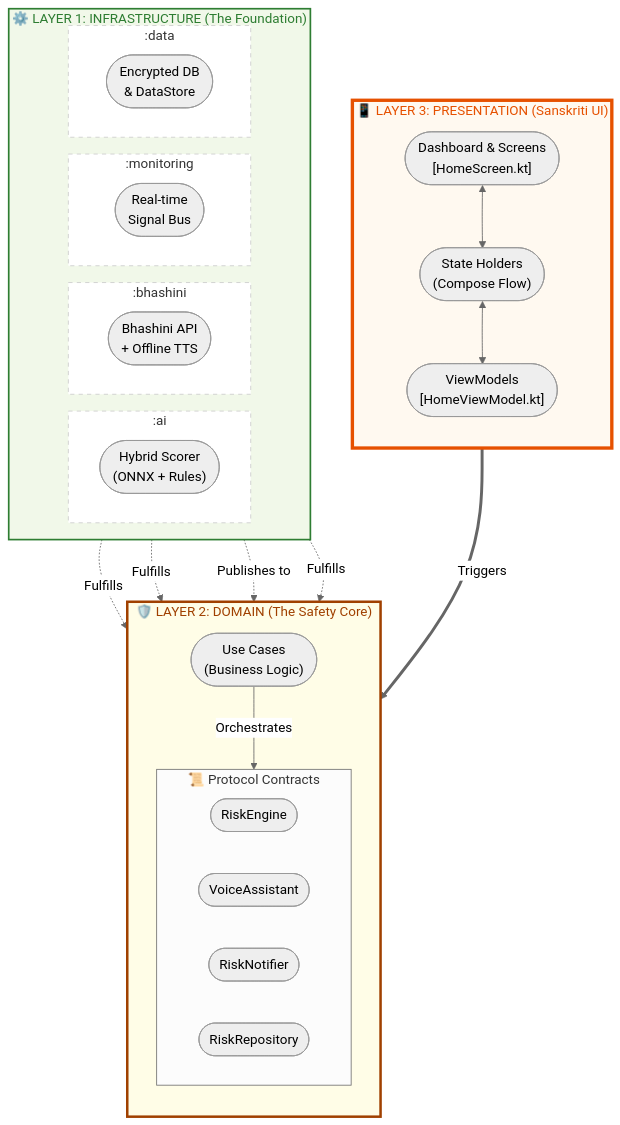
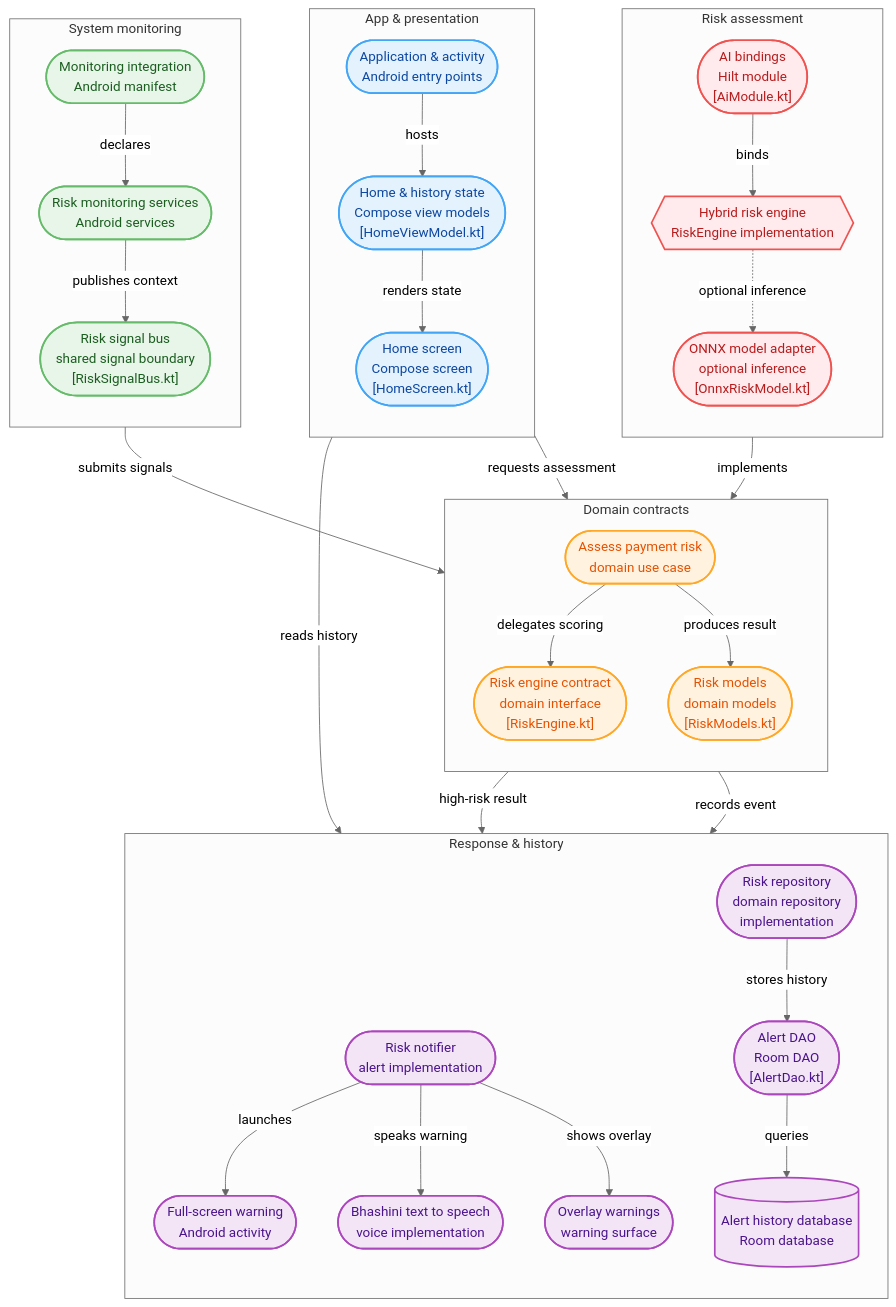
Before and after one commit to kgp134134-sys/GramKavach-CyberShield: the diagram in README.md, drawn with Mermaid (neutral theme). The commit also changed other lines of this file and 1 other file, not shown here.

Commit message:
Docs: Restore High-Fidelity Visual Architecture Diagram (pehlwe wala) while keeping creative ASCII elements.

````diff
--- a/README.md
+++ b/README.md
@@ -110,64 +110,82 @@
 ```mermaid
 flowchart TD
-    %% 3D STACK LAYERS
-    subgraph L3 ["📱 LAYER 3: PRESENTATION (Sanskriti UI)"]
+    subgraph RiskAssessment ["Risk assessment"]
         direction TB
-        UI(["Dashboard & Screens<br/>[HomeScreen.kt]"])
-        VM(["ViewModels<br/>[HomeViewModel.kt]"])
-        SC(["State Holders<br/>(Compose Flow)"])
+        AIB(["AI bindings<br/>Hilt module<br/>[AiModule.kt]"])
+        HRE{{"Hybrid risk engine<br/>RiskEngine implementation"}}
+        OMA(["ONNX model adapter<br/>optional inference<br/>[OnnxRiskModel.kt]"])
         
-        UI <--> SC
-        SC <--> VM
+        AIB -- binds --> HRE
+        HRE -. optional inference .-> OMA
     end
 
-    subgraph L2 ["🛡️ LAYER 2: DOMAIN (The Safety Core)"]
+    subgraph SystemMonitoring ["System monitoring"]
         direction TB
-        UC(["Use Cases<br/>(Business Logic)"])
+        MI(["Monitoring integration<br/>Android manifest"])
+        RMS(["Risk monitoring services<br/>Android services"])
+        RSB(["Risk signal bus<br/>shared signal boundary<br/>[RiskSignalBus.kt]"])
         
-        subgraph Contracts ["📜 Protocol Contracts"]
-            direction LR
-            RE(["RiskEngine"])
-            VA(["VoiceAssistant"])
-            RN(["RiskNotifier"])
-            RR(["RiskRepository"])
-        end
-        
-        UC -->|Orchestrates| Contracts
+        MI -- declares --> RMS
+        RMS -- publishes context --> RSB
     end
 
-    subgraph L1 ["⚙️ LAYER 1: INFRASTRUCTURE (The Foundation)"]
-        direction LR
-        subgraph AI_Mod [":ai"]
-            AI_Imp(["Hybrid Scorer<br/>(ONNX + Rules)"])
-        end
-        subgraph Voice_Mod [":bhashini"]
-            V_Imp(["Bhashini API<br/>+ Offline TTS"])
-        end
-        subgraph Monitor_Mod [":monitoring"]
-            M_Imp(["Real-time<br/>Signal Bus"])
-        end
-        subgraph Data_Mod [":data"]
-            D_Imp(["Encrypted DB<br/>& DataStore"])
-        end
+    subgraph AppPresentation ["App & presentation"]
+        direction TB
+        AAE(["Application & activity<br/>Android entry points"])
+        HHS(["Home & history state<br/>Compose view models<br/>[HomeViewModel.kt]"])
+        HSC(["Home screen<br/>Compose screen<br/>[HomeScreen.kt]"])
+        
+        AAE -- hosts --> HHS
+        HHS -- renders state --> HSC
     end
 
-    %% Vertical "Energy Flow" Connections
-    VM ==>|Triggers| UC
-    
-    %% Implementation Inversion
-    AI_Imp -.->|Fulfills| RE
-    V_Imp -.->|Fulfills| VA
-    M_Imp -.->|Publishes to| RR
-    D_Imp -.->|Fulfills| RR
-    
-    %% Styling: Elite 3D Palette
-    classDef layer3 fill:#FFF9F0,stroke:#E65100,stroke-width:4px,color:#E65100
-    classDef layer2 fill:#FFFDE7,stroke:#A04000,stroke-width:3px,color:#A04000
-    classDef layer1 fill:#F1F8E9,stroke:#2E7D32,stroke-width:2px,color:#2E7D32
-    classDef subMod fill:#FFFFFF,stroke:#CCCCCC,stroke-dasharray: 5 5
+    subgraph DomainContracts ["Domain contracts"]
+        direction TB
+        APR(["Assess payment risk<br/>domain use case"])
+        REC(["Risk engine contract<br/>domain interface<br/>[RiskEngine.kt]"])
+        RM(["Risk models<br/>domain models<br/>[RiskModels.kt]"])
+        
+        APR -- delegates scoring --> REC
+        APR -- produces result --> RM
+    end
 
-    class L3 layer3
-    class L2 layer2
-    class L1 layer1
-    class AI_Mod,Voice_Mod,Monitor_Mod,Data_Mod subMod
+    subgraph ResponseHistory ["Response & history"]
+        direction TB
+        RN(["Risk notifier<br/>alert implementation"])
+        FSW(["Full-screen warning<br/>Android activity"])
+        BTS(["Bhashini text to speech<br/>voice implementation"])
+        OW(["Overlay warnings<br/>warning surface"])
+        
+        RR(["Risk repository<br/>domain repository<br/>implementation"])
+        AD(["Alert DAO<br/>Room DAO<br/>[AlertDao.kt]"])
+        AHB[("Alert history database<br/>Room database")]
+        
+        RN -- launches --> FSW
+        RN -- speaks warning --> BTS
+        RN -- shows overlay --> OW
+        
+        RR -- stores history --> AD
+        AD -- queries --> AHB
+    end
+
+    %% Cross-layer connections
+    HRE -- implements --> REC
+    RSB -- submits signals --> APR
+    HHS -- requests assessment --> APR
+    RM -- high-risk result --> RN
+    RM -- records event --> RR
+    HHS -- reads history --> RR
+
+    %% Styling
+    classDef risk fill:#FFEBEE,stroke:#EF5350,stroke-width:2px,color:#B71C1C
+    classDef monitor fill:#E8F5E9,stroke:#66BB6A,stroke-width:2px,color:#1B5E20
+    classDef app fill:#E3F2FD,stroke:#42A5F5,stroke-width:2px,color:#0D47A1
+    classDef domain fill:#FFF3E0,stroke:#FFA726,stroke-width:2px,color:#E65100
+    classDef history fill:#F3E5F5,stroke:#AB47BC,stroke-width:2px,color:#4A148C
+
+    class AIB,HRE,OMA risk
+    class MI,RMS,RSB monitor
+    class AAE,HHS,HSC app
+    class APR,REC,RM domain
+    class RN,FSW,BTS,OW,RR,AD,AHB history
 ```
````
